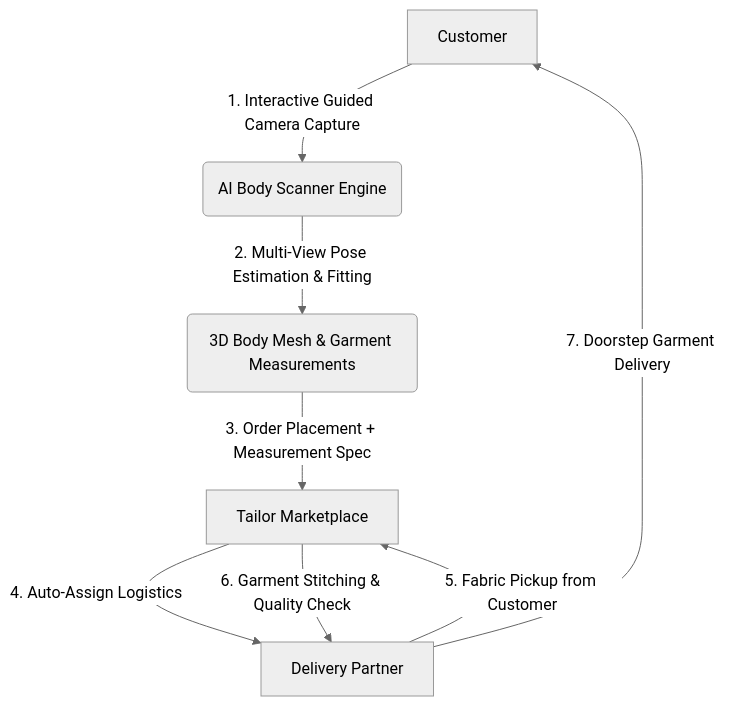
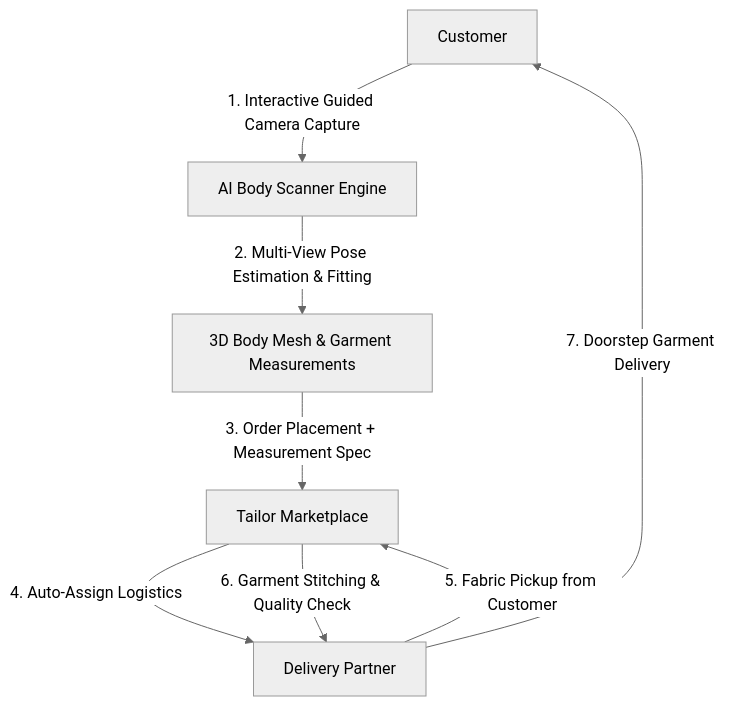
One commit to sachinpandey9142/Stitchly1 changed the first of 3 diagrams in README.md. Above: the diagram before and after it, drawn with Mermaid (neutral theme). The commit also changed other lines of this file and 2 other files, not shown here.

````diff
--- a/README.md
+++ b/README.md
@@ -81,10 +81,10 @@
 ```mermaid
 flowchart TD
-    A[Customer] -->|1. Interactive Guided Camera Capture| B(AI Body Scanner Engine)
-    B -->|2. Multi-View Pose Estimation & Fitting| C(3D Body Mesh & Garment Measurements)
-    C -->|3. Order Placement + Measurement Spec| D[Tailor Marketplace]
-    D -->|4. Auto-Assign Logistics| E[Delivery Partner]
-    E -->|5. Fabric Pickup from Customer| D
-    D -->|6. Garment Stitching & Quality Check| E
-    E -->|7. Doorstep Garment Delivery| A
+    A["Customer"] -->|"1. Interactive Guided Camera Capture"| B["AI Body Scanner Engine"]
+    B -->|"2. Multi-View Pose Estimation & Fitting"| C["3D Body Mesh & Garment Measurements"]
+    C -->|"3. Order Placement + Measurement Spec"| D["Tailor Marketplace"]
+    D -->|"4. Auto-Assign Logistics"| E["Delivery Partner"]
+    E -->|"5. Fabric Pickup from Customer"| D
+    D -->|"6. Garment Stitching & Quality Check"| E
+    E -->|"7. Doorstep Garment Delivery"| A
 ```
````
